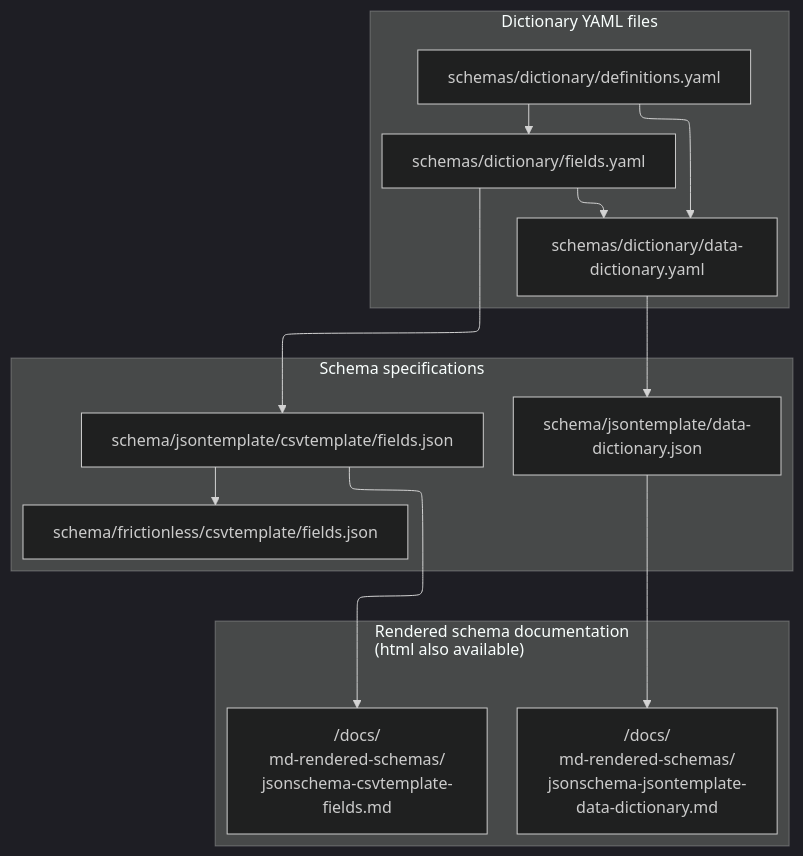
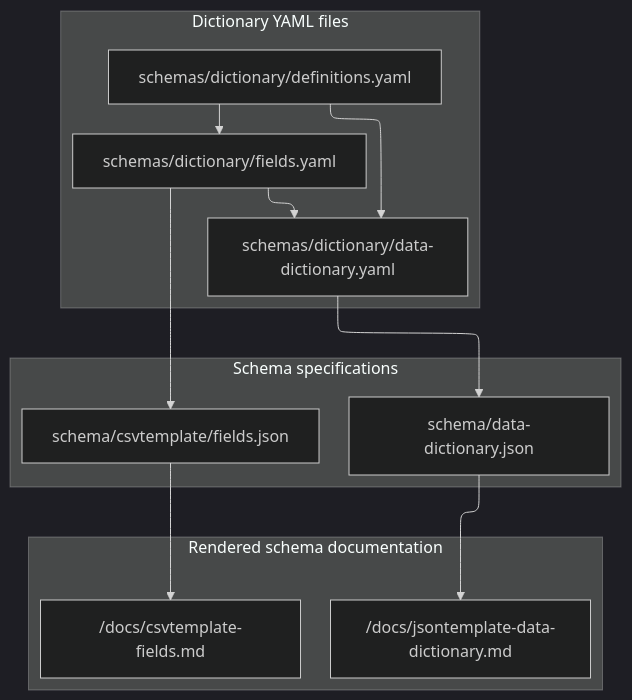
Before and after one commit to HEAL/heal-metadata-schemas: the diagram in variable-level-metadata-schema/README.md, drawn with Mermaid (dark theme). The commit also changed other lines of this file, not shown here.

Commit message:
WIP update README with new structure (patternProperties and del frictionless schema)

````diff
--- a/variable-level-metadata-schema/README.md
+++ b/variable-level-metadata-schema/README.md
@@ -28,37 +27,36 @@
 ```mermaid
 
     %%{init: {"flowchart": {"defaultRenderer": "elk","htmlLabels": false}} }%%
 
     flowchart TD
 
         subgraph dictionary[Dictionary YAML files]
 
             defs["schemas/dictionary/definitions.yaml"]
             fields["schemas/dictionary/fields.yaml"]
             dd["schemas/dictionary/data-dictionary.yaml"]
         end
 
         subgraph Schema specifications
 
-            jsonspec["schema/jsontemplate/data-dictionary.json"]
-            csvspec["schema/jsontemplate/csvtemplate/fields.json"]
-            csvtblspec["schema/frictionless/csvtemplate/fields.json"]
+            jsonspec["schema/data-dictionary.json"]
+            csvspec["schema/csvtemplate/fields.json"]
         end
 
-        subgraph "Rendered schema documentation \n(html also available)"
+        subgraph "Rendered schema documentation"
 
-            csvmd["/docs/\nmd-rendered-schemas/\njsonschema-csvtemplate-fields.md"]
-            jsonmd["/docs/\nmd-rendered-schemas/\njsonschema-jsontemplate-data-dictionary.md"]
+            csvmd["/docs/csvtemplate-fields.md"]
+            jsonmd["/docs/jsontemplate-data-dictionary.md"]
 
         end
 
     defs --> fields --> dd
     defs --> dd
 
-    fields --> csvspec --> csvtblspec
+    fields --> csvspec
     dd --> jsonspec
 
     csvspec --> csvmd
     jsonspec --> jsonmd
 
 ```
````
